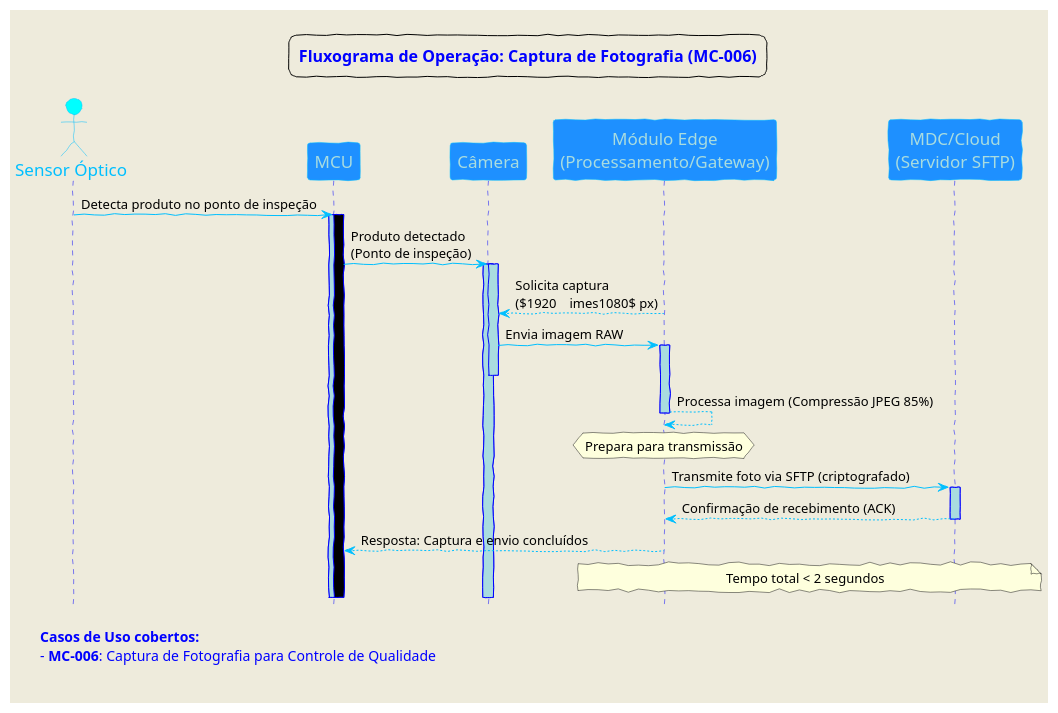
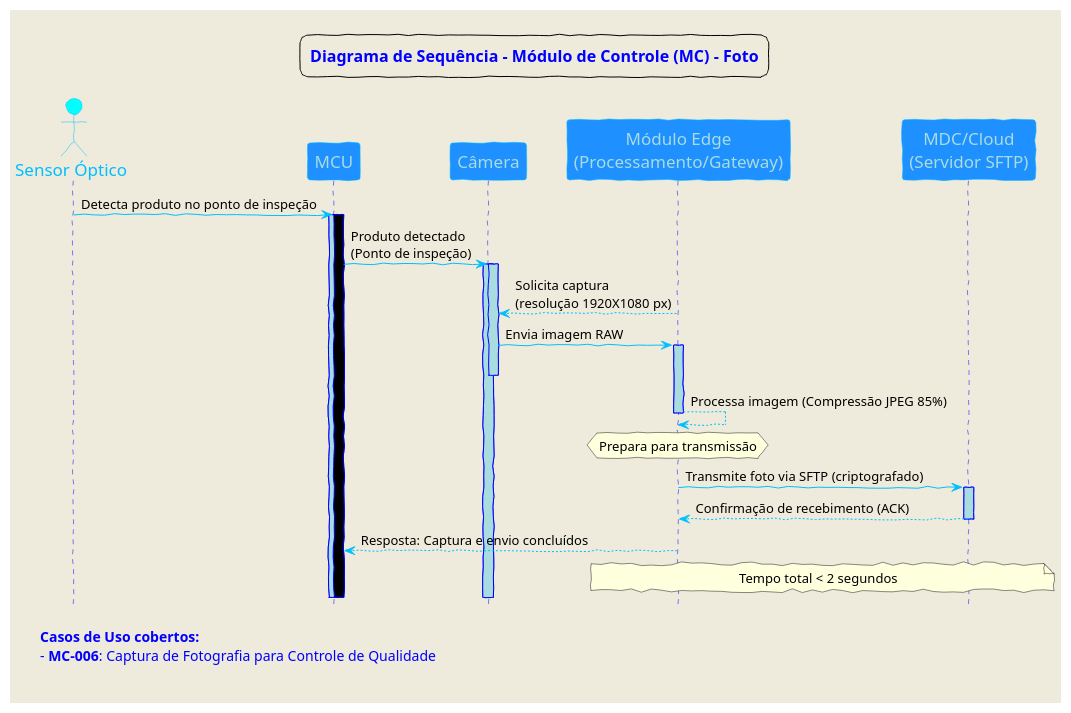
One commit to Embrapac/diagramas changed the diagram in DS-FOTO-001.puml. Above: the diagram before and after it, drawn with PlantUML. The commit also changed 1 other file, not shown here.

Commit message:
Diagrama de Sequencia Camera

```diff
--- a/DS-FOTO-001.puml
+++ b/DS-FOTO-001.puml
@@ -1,79 +1,79 @@
 @startuml
 
 <style>
 footer {
   HorizontalAlignment left
   FontSize 14
   FontColor blue
   FontName Arial
   Margin 20
   Padding 10
 }
 
 legend {
   HorizontalAlignment center
   FontSize 16
   FontColor Blue
   FontName Arial
   Margin 20
   Padding 10
 }
 </style>
 
 
 'Parametros de cor:
 skinparam backgroundColor #EEEBDC
 skinparam handwritten true
 skinparam sequenceArrowColor DeepSkyBlue
 skinparam sequenceActorBorderColor DeepSkyBlue
 skinparam sequenceLifeLineBorderColor blue
 skinparam sequenceLifeLineBackgroundColor #A9DCDF
 skinparam sequenceParticipantBorderColor DeepSkyBlue
 skinparam sequenceParticipantBackgroundColor DodgerBlue
 skinparam sequenceParticipantFontName Impact
 skinparam sequenceParticipantFontSize 17
 skinparam sequenceParticipantFontColor #A9DCDF
 skinparam sequenceActorBackgroundColor aqua
 skinparam sequenceActorFontColor DeepSkyBlue
 skinparam sequenceActorFontSize 17
 skinparam sequenceActorFontName Aapex
 
 autoactivate on
 Hide footbox
 
 actor "Sensor Óptico"
 
 "Sensor Óptico" -> MCU: Detecta produto no ponto de inspeção
 activate MCU #000000
 
 
 participant "MCU" as MCU
 participant Câmera
 participant "Módulo Edge\n(Processamento/Gateway)" as EDGE
 participant "MDC/Cloud\n(Servidor SFTP)" as MDC
 
 MCU -> Câmera : Produto detectado\n(Ponto de inspeção)
 activate Câmera
-EDGE --> Câmera : Solicita captura \n($1920\times1080$ px)
+EDGE --> Câmera : Solicita captura \n(resolução 1920X1080 px)
 Câmera -> EDGE : Envia imagem RAW
 deactivate Câmera
 
 EDGE --> EDGE : Processa imagem (Compressão JPEG 85%)
 hnote over EDGE : Prepara para transmissão
 
 EDGE -> MDC : Transmite foto via SFTP (criptografado)
 MDC --> EDGE : Confirmação de recebimento (ACK)
 
 EDGE --> MCU : Resposta: Captura e envio concluídos
 note over EDGE, MDC: Tempo total < 2 segundos
 
 legend top
- **Fluxograma de Operação: Captura de Fotografia (MC-006)**
+ **Diagrama de Sequência - Módulo de Controle (MC) - Foto**
 end legend
 
 footer
   **Casos de Uso cobertos:**
    - **MC-006**: Captura de Fotografia para Controle de Qualidade
 end footer  
 
 @endumlg
```
